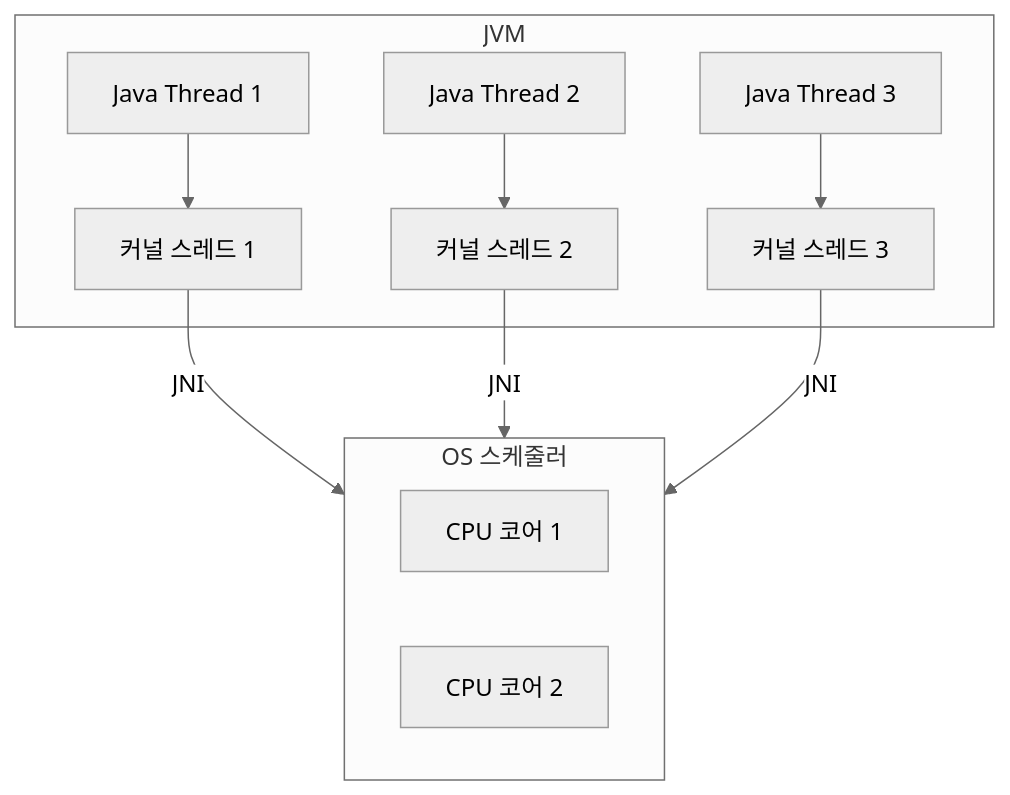
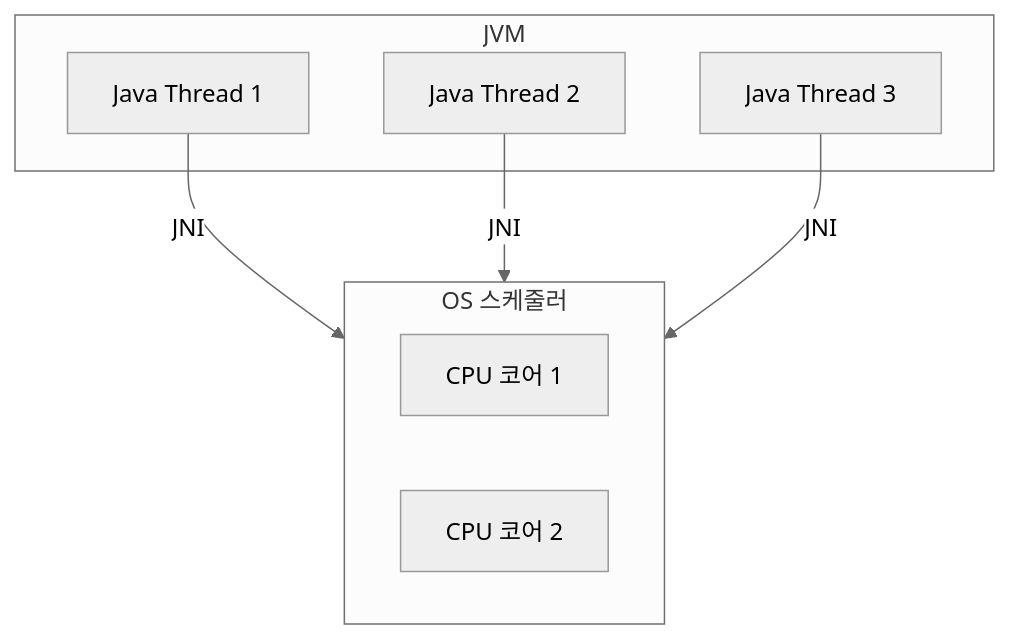
The third of 17 diagrams in _posts/java/2026-05-01-java-thread.md (yjkim2015/yjkim2015.github.io), drawn with Mermaid (neutral theme) before and after one commit. The commit also changed other lines of this file and 215 other files, not shown here.

First line of the commit message:
신규 포스트 10개 추가 + Mermaid 전면 축소 + SystemDesign 시리즈 보강

````diff
--- a/_posts/java/2026-05-01-java-thread.md
+++ b/_posts/java/2026-05-01-java-thread.md
@@ -84,15 +65,10 @@
 ```mermaid
 graph TD
-  subgraph JVM["JVM"]
-    JT1[Java Thread 1] --> KT1[커널 스레드 1]
-    JT2[Java Thread 2] --> KT2[커널 스레드 2]
-    JT3[Java Thread 3] --> KT3[커널 스레드 3]
+  subgraph JVM
+    JT1[Java Thread 1] & JT2[Java Thread 2] & JT3[Java Thread 3]
   end
-  KT1 -->|JNI| OS
-  KT2 -->|JNI| OS
-  KT3 -->|JNI| OS
+  JT1 & JT2 & JT3 -->|JNI| OS
   subgraph OS["OS 스케줄러"]
-    CPU1[CPU 코어 1]
-    CPU2[CPU 코어 2]
+    CPU1[CPU 코어 1] & CPU2[CPU 코어 2]
   end
 ```
````
